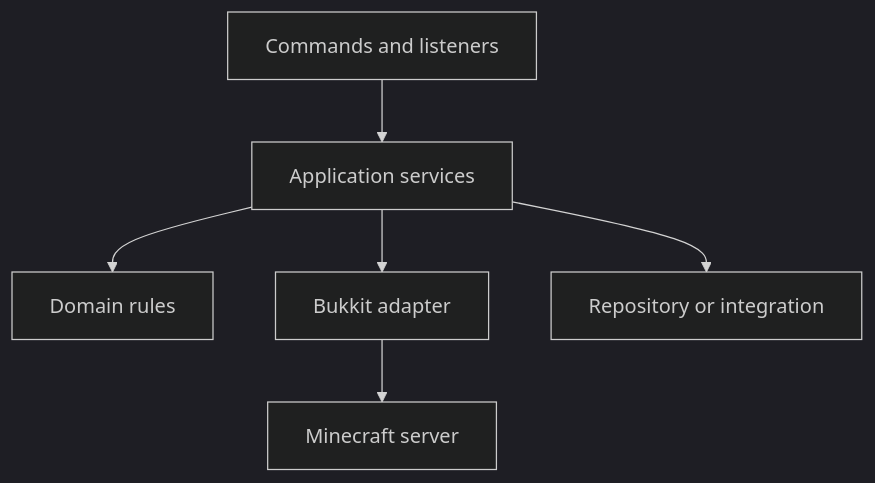
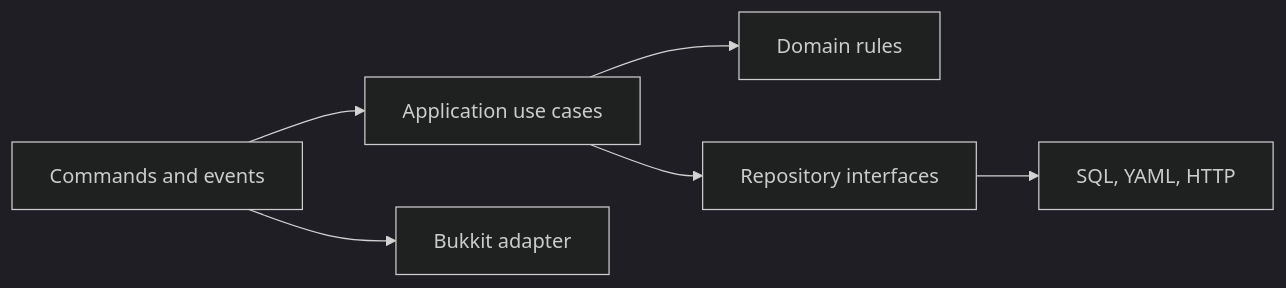
One commit to rwov/bukkit-docs changed the diagram in advanced/architecture.mdx. Above: the diagram before and after it, drawn with Mermaid (dark theme). The commit also changed other lines of this file and 104 other files, not shown here.

````diff
--- a/advanced/architecture.mdx
+++ b/advanced/architecture.mdx
@@ -14,8 +34,8 @@
 ```mermaid
-flowchart TD
-  A["Commands and listeners"] --> B["Application services"]
+flowchart LR
+  A["Commands and events"] --> B["Application use cases"]
   B --> C["Domain rules"]
-  B --> D["Bukkit adapter"]
-  B --> E["Repository or integration"]
-  D --> F["Minecraft server"]
+  B --> D["Repository interfaces"]
+  D --> E["SQL, YAML, HTTP"]
+  A --> F["Bukkit adapter"]
 ```
````
